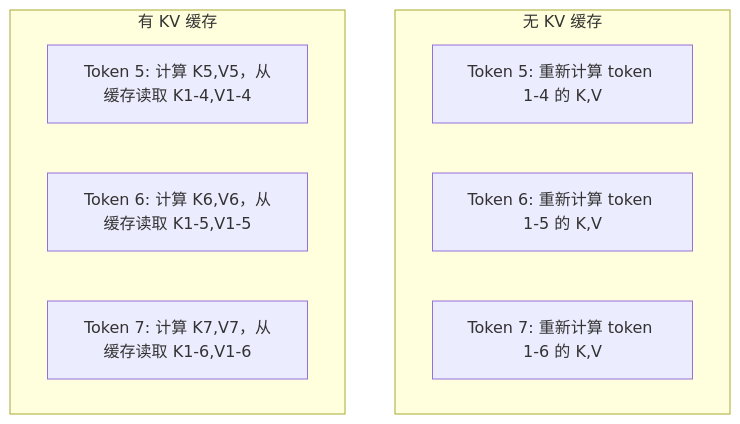
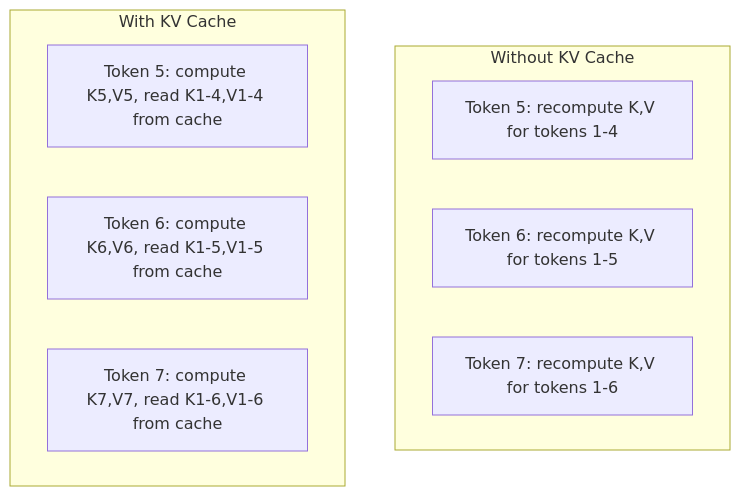
Before and after one commit to xiaojiaenen/ai-engineering-from-scratch-zh: the second of 5 diagrams in i18n/zh/phases/10-llms-from-scratch/12-inference-optimization/docs/zh.md, drawn with Mermaid. The commit also changed other lines of this file and 24 other files, not shown here.

````diff
--- a/i18n/zh/phases/10-llms-from-scratch/12-inference-optimization/docs/zh.md
+++ b/i18n/zh/phases/10-llms-from-scratch/12-inference-optimization/docs/zh.md
@@ -68,14 +68,14 @@
 ```mermaid
 graph TD
-    subgraph "无 KV 缓存"
-        A1["Token 5: 重新计算 token 1-4 的 K,V"]
-        A2["Token 6: 重新计算 token 1-5 的 K,V"]
-        A3["Token 7: 重新计算 token 1-6 的 K,V"]
+    subgraph "Without KV Cache"
+        A1["Token 5: recompute K,V for tokens 1-4"]
+        A2["Token 6: recompute K,V for tokens 1-5"]
+        A3["Token 7: recompute K,V for tokens 1-6"]
     end
 
-    subgraph "有 KV 缓存"
-        B1["Token 5: 计算 K5,V5，从缓存读取 K1-4,V1-4"]
-        B2["Token 6: 计算 K6,V6，从缓存读取 K1-5,V1-5"]
-        B3["Token 7: 计算 K7,V7，从缓存读取 K1-6,V1-6"]
+    subgraph "With KV Cache"
+        B1["Token 5: compute K5,V5, read K1-4,V1-4 from cache"]
+        B2["Token 6: compute K6,V6, read K1-5,V1-5 from cache"]
+        B3["Token 7: compute K7,V7, read K1-6,V1-6 from cache"]
     end
 ```
````
